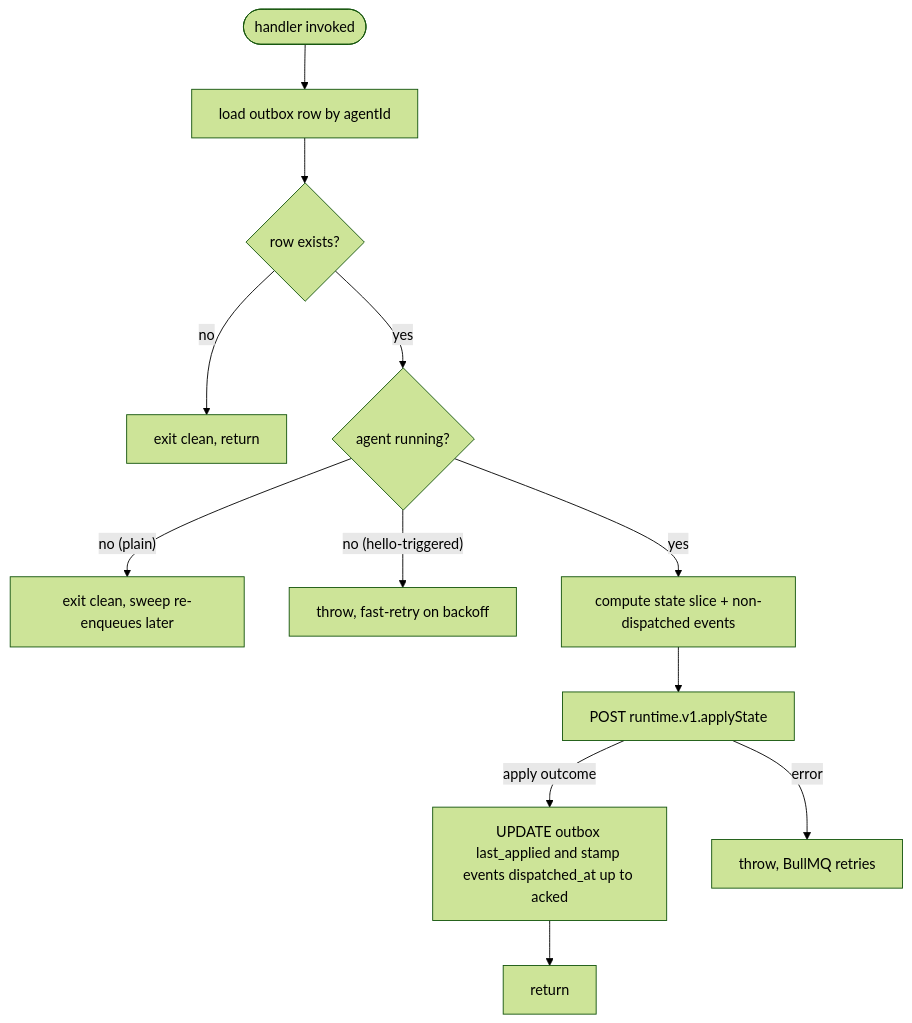
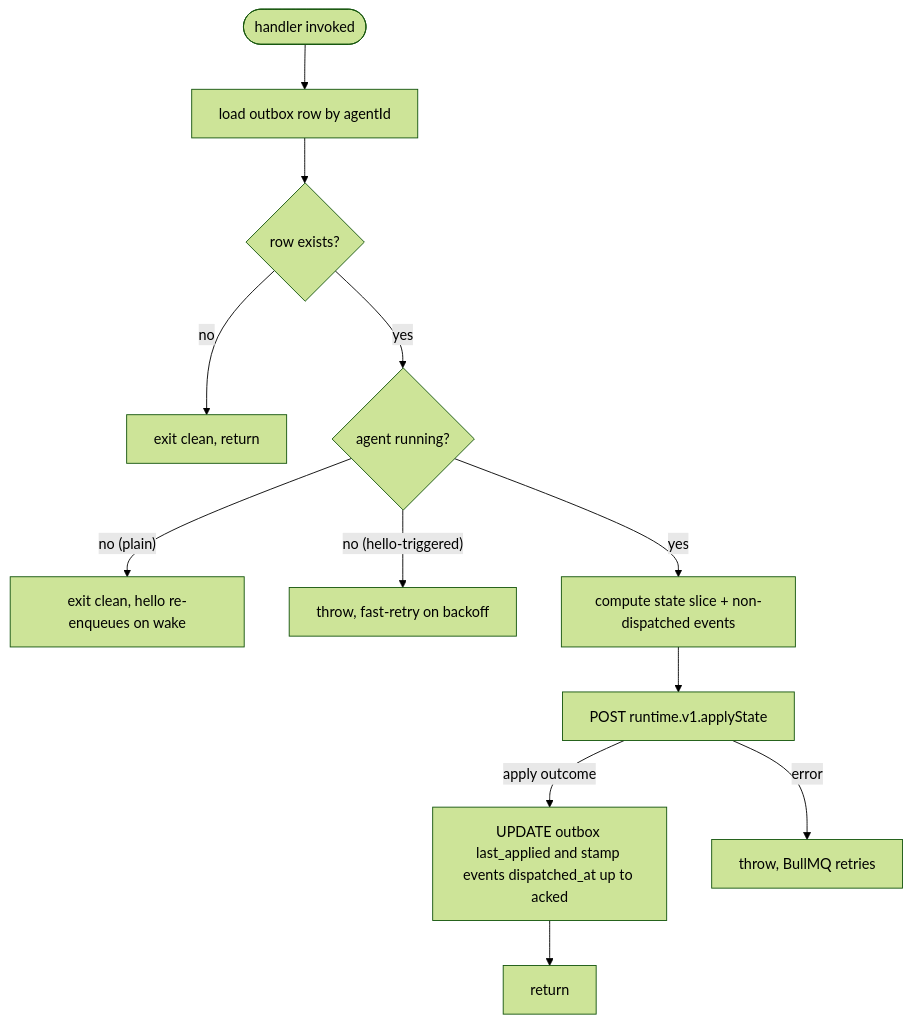
Before and after one commit to dam-agents/dam: the fifth of 5 diagrams in docs/architecture/runtime-delivery.md, drawn with Mermaid (forest theme). The commit also changed other lines of this file and 2 other files, not shown here.

First line of the commit message:
fix(runtime-delivery): fail open when the sweep cannot read running state

````diff
--- a/docs/architecture/runtime-delivery.md
+++ b/docs/architecture/runtime-delivery.md
@@ -192,24 +192,24 @@
 ```mermaid
 flowchart TD
   handlerStart([handler invoked])
   load[load outbox row by agentId]
   exists{row exists?}
   noop[exit clean, return]
   check{agent running?}
-  defer[exit clean, sweep re-enqueues later]
+  defer[exit clean, hello re-enqueues on wake]
   retry[throw, fast-retry on backoff]
   compute[compute state slice + non-dispatched events]
   dispatch[POST runtime.v1.applyState]
   stamp["UPDATE outbox last_applied and stamp events dispatched_at up to acked"]
   ok[return]
   fail[throw, BullMQ retries]
 
   handlerStart --> load --> exists
   exists -->|no| noop
   exists -->|yes| check
   check -->|"no (plain)"| defer
   check -->|"no (hello-triggered)"| retry
   check -->|yes| compute --> dispatch
   dispatch -->|apply outcome| stamp --> ok
   dispatch -->|error| fail
 ```
````
